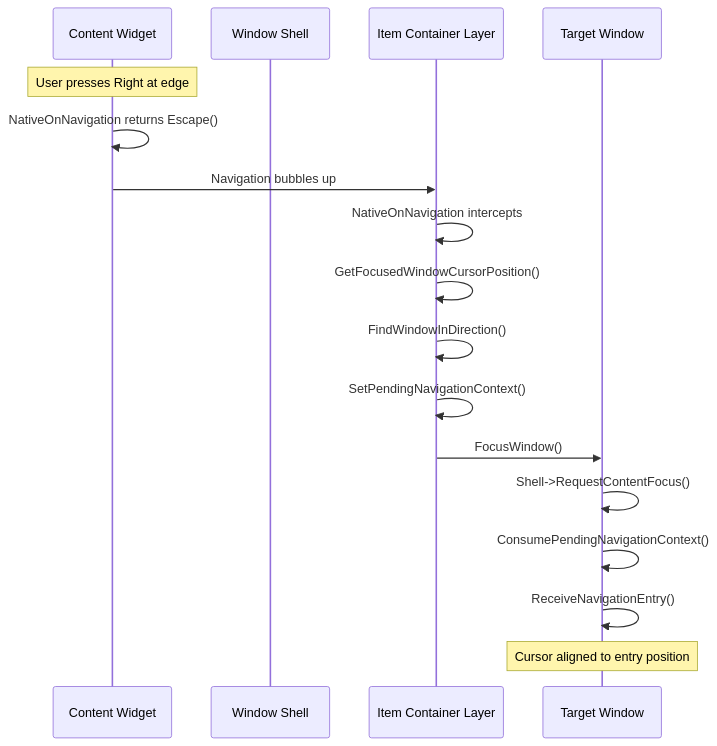
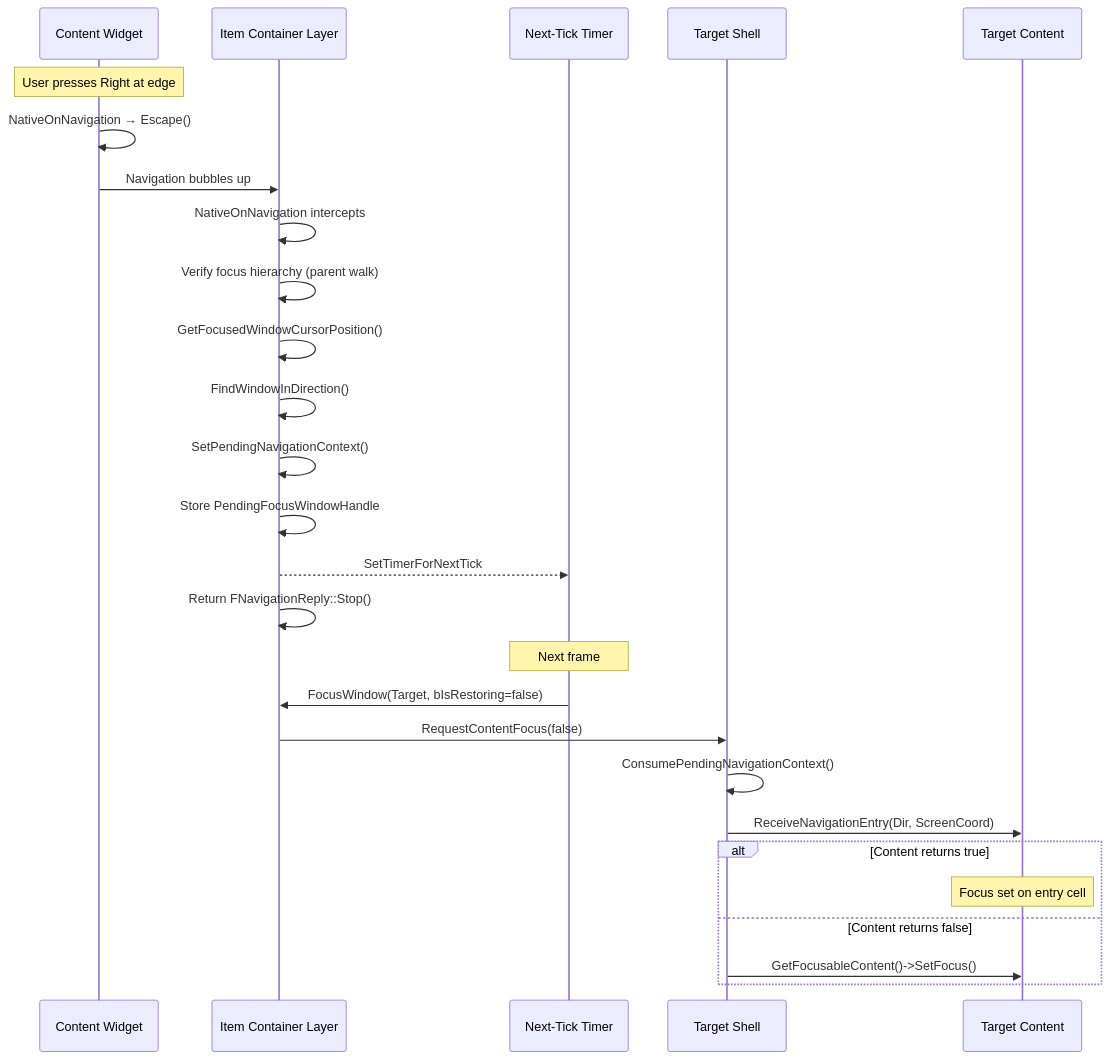
Before and after one commit to outliyr/outliyr-docs: the diagram in outliyr-framework/docs/base-lyra-modified/ui/item-container-ui-system/geometric-navigation/cross-window-navigation.md, drawn with Mermaid. The commit also changed other lines of this file and 10 other files, not shown here.

````diff
--- a/outliyr-framework/docs/base-lyra-modified/ui/item-container-ui-system/geometric-navigation/cross-window-navigation.md
+++ b/outliyr-framework/docs/base-lyra-modified/ui/item-container-ui-system/geometric-navigation/cross-window-navigation.md
@@ -7,20 +9,31 @@
 ```mermaid
 sequenceDiagram
     participant Content as Content Widget
-    participant Shell as Window Shell
     participant Layer as Item Container Layer
-    participant Target as Target Window
+    participant Timer as Next-Tick Timer
+    participant Target as Target Shell
+    participant TargetContent as Target Content
 
     Note over Content: User presses Right at edge
-    Content->>Content: NativeOnNavigation returns Escape()
+    Content->>Content: NativeOnNavigation → Escape()
     Content->>Layer: Navigation bubbles up
     Layer->>Layer: NativeOnNavigation intercepts
+    Layer->>Layer: Verify focus hierarchy (parent walk)
     Layer->>Layer: GetFocusedWindowCursorPosition()
     Layer->>Layer: FindWindowInDirection()
     Layer->>Layer: SetPendingNavigationContext()
-    Layer->>Target: FocusWindow()
-    Target->>Target: Shell->RequestContentFocus()
+    Layer->>Layer: Store PendingFocusWindowHandle
+    Layer-->>Timer: SetTimerForNextTick
+    Layer->>Layer: Return FNavigationReply::Stop()
+
+    Note over Timer: Next frame
+    Timer->>Layer: FocusWindow(Target, bIsRestoring=false)
+    Layer->>Target: RequestContentFocus(false)
     Target->>Target: ConsumePendingNavigationContext()
-    Target->>Target: ReceiveNavigationEntry()
-    Note over Target: Cursor aligned to entry position
+    Target->>TargetContent: ReceiveNavigationEntry(Dir, ScreenCoord)
+    alt Content returns true
+        Note over TargetContent: Focus set on entry cell
+    else Content returns false
+        Target->>TargetContent: GetFocusableContent()->SetFocus()
+    end
 ```
````
